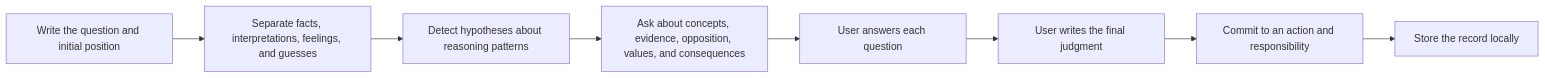
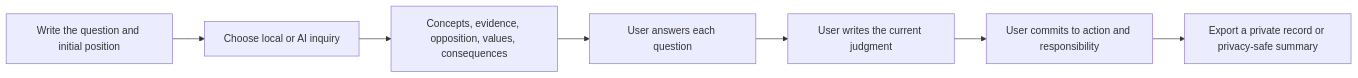
Before and after one commit to SiruGao/socratic-kernel: the diagram in README_EN.md, drawn with Mermaid. The commit also changed other lines of this file, not shown here.

````diff
--- a/README_EN.md
+++ b/README_EN.md
@@ -58,10 +60,9 @@
 ```mermaid
 flowchart LR
-    A[Write the question and initial position] --> B[Separate facts, interpretations, feelings, and guesses]
-    B --> C[Detect hypotheses about reasoning patterns]
-    C --> D[Ask about concepts, evidence, opposition, values, and consequences]
-    D --> E[User answers each question]
-    E --> F[User writes the final judgment]
-    F --> G[Commit to an action and responsibility]
-    G --> H[Store the record locally]
+    A[Write the question and initial position] --> B[Choose local or AI inquiry]
+    B --> C[Concepts, evidence, opposition, values, consequences]
+    C --> D[User answers each question]
+    D --> E[User writes the current judgment]
+    E --> F[User commits to action and responsibility]
+    F --> G[Export a private record or privacy-safe summary]
 ```
````
